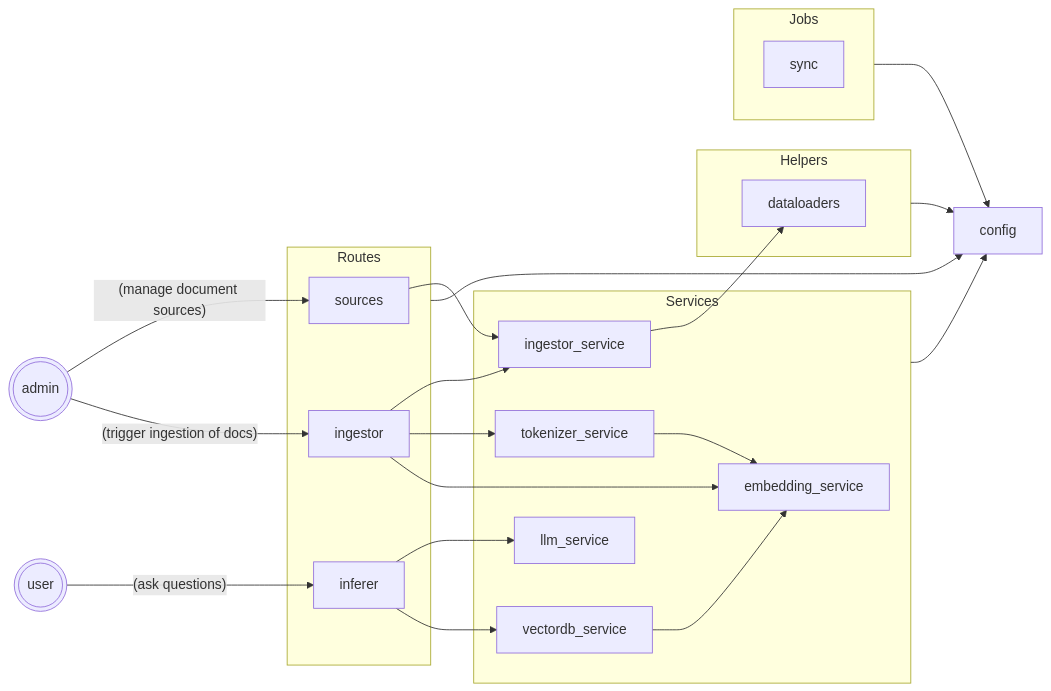
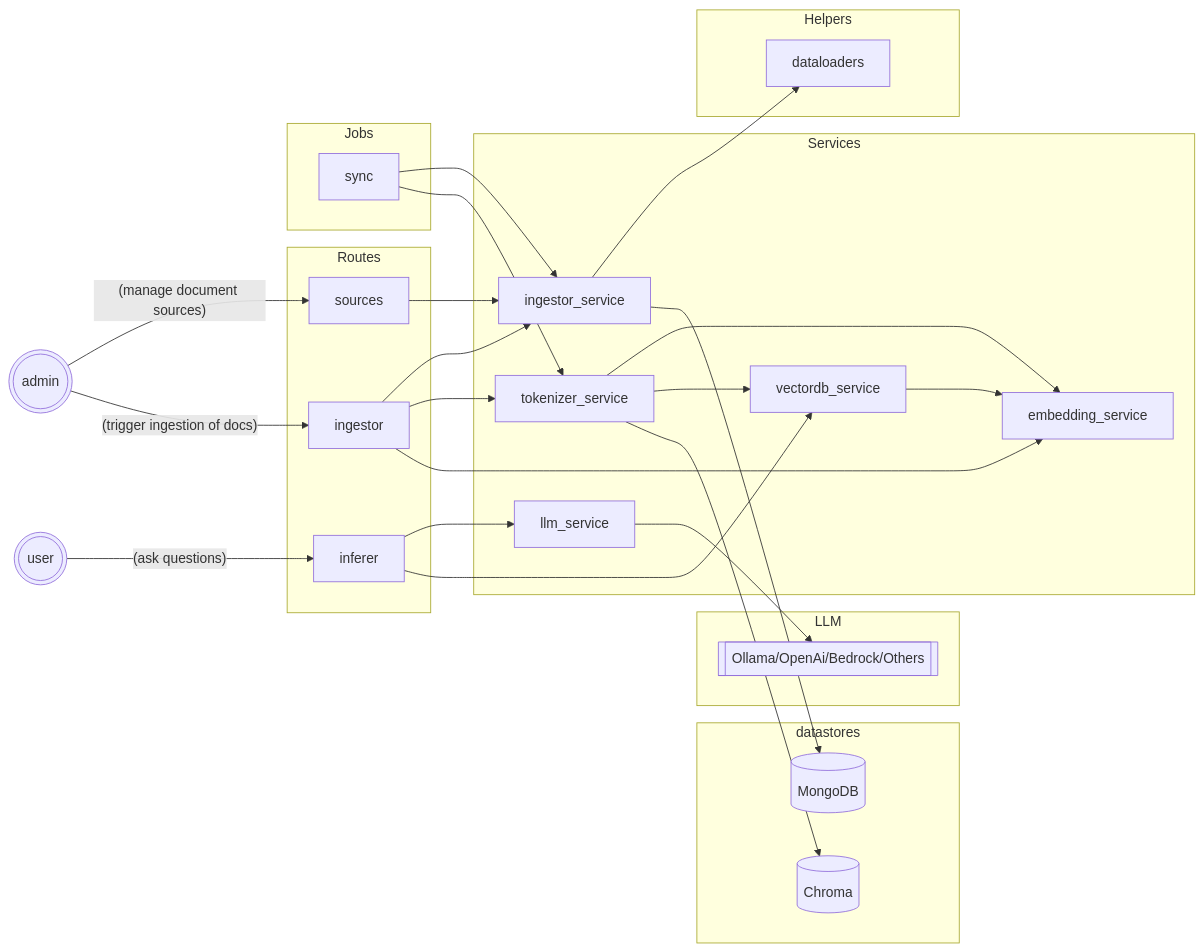
Before and after one commit to schohan/ragapi: the diagram in README.md, drawn with Mermaid. The commit also changed 2 other files, not shown here.

````diff
--- a/README.md
+++ b/README.md
@@ -10,49 +10,64 @@
 ```mermaid
 flowchart LR
-    config
+    admin(((admin)))
+    user(((user)))
+    
+    subgraph datastores
+        mongodb[(MongoDB)]
+        chroma[(Chroma)]
+    end
 
-    admin(((admin)))
+    subgraph LLM
+        llm[[Ollama/OpenAi/Bedrock/Others]]
+    end
+
+    subgraph Routes
+        sources
+        ingestor
+        inferer
+    end
+   
+    subgraph Services
+        ingestor_service
+        tokenizer_service
+        embedding_service
+        vectordb_service
+        llm_service
+    end
+  
+    subgraph Helpers
+        dataloaders
+    end    
+
+    subgraph Jobs
+        sync
+    end
+    
+
     admin--(manage document sources)-->sources
     admin--(trigger ingestion of docs)-->ingestor
-    
-    user(((user)))
     user--(ask questions)-->inferer
+   
     sources-->ingestor_service
-
     ingestor-->ingestor_service
     ingestor-->tokenizer_service
     ingestor-->embedding_service
     
     inferer-->llm_service
     inferer-->vectordb_service
     
     tokenizer_service-->embedding_service
+    tokenizer_service-->vectordb_service
+    
     vectordb_service-->embedding_service
     ingestor_service-->dataloaders
+    llm_service-->llm
+    sync-->ingestor_service
+    sync-->tokenizer_service
     
-    subgraph Routes
-        sources
-        ingestor
-        inferer
-    end
-    Routes-->config
+    
+    ingestor_service-->mongodb
+    tokenizer_service-->chroma
 
-    subgraph Services
-        ingestor_service
-        tokenizer_service
-        embedding_service
-        vectordb_service
-        llm_service
-    end
-    Services-->config
 
-    subgraph Helpers
-        dataloaders
-    end    
-    Helpers-->config
-
-    subgraph Jobs
-        sync
-    end
-    Jobs-->config
 ```
````
